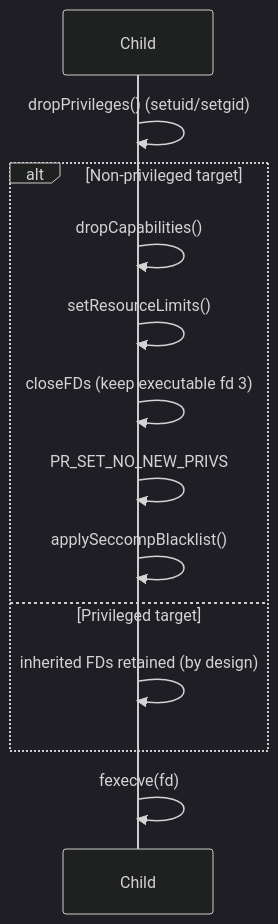
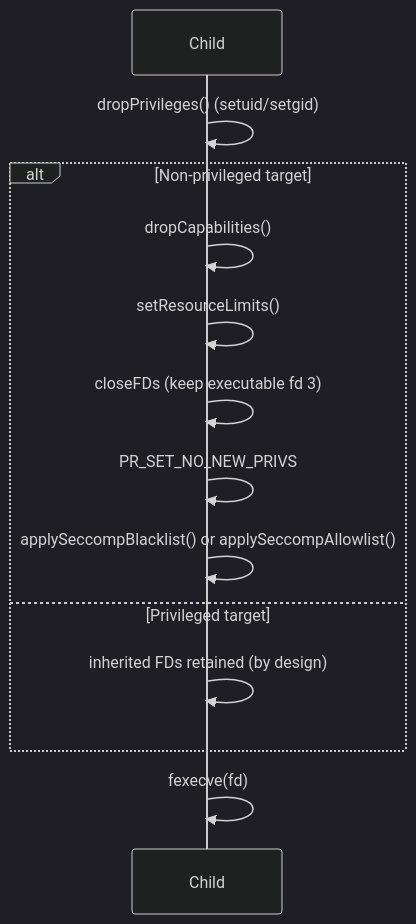
Before and after one commit to Veridian-Zenith/Voix: the second of 2 diagrams in THREATS.md, drawn with Mermaid (dark theme). The commit also changed other lines of this file and 15 other files, not shown here.

````diff
--- a/THREATS.md
+++ b/THREATS.md
@@ -285,15 +278,15 @@
 ```mermaid
 sequenceDiagram
     participant Child
     Child->>Child: dropPrivileges() (setuid/setgid)
     alt Non-privileged target
         Child->>Child: dropCapabilities()
         Child->>Child: setResourceLimits()
         Child->>Child: closeFDs (keep executable fd 3)
         Child->>Child: PR_SET_NO_NEW_PRIVS
-        Child->>Child: applySeccompBlacklist()
+        Child->>Child: applySeccompBlacklist() or applySeccompAllowlist()
     else Privileged target
         Child->>Child: inherited FDs retained (by design)
     end
     Child->>Child: fexecve(fd)
 ```
````
